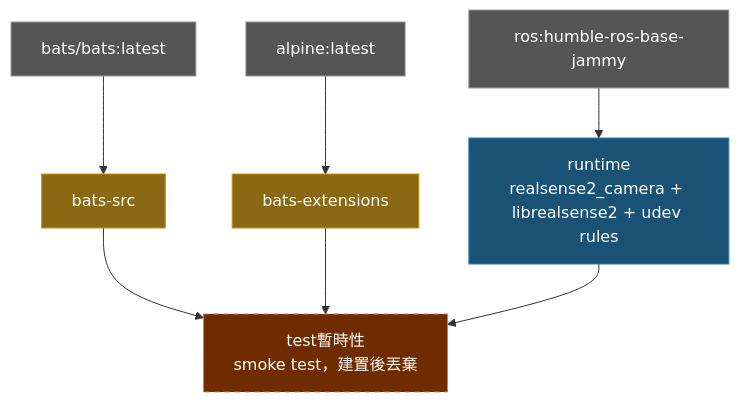
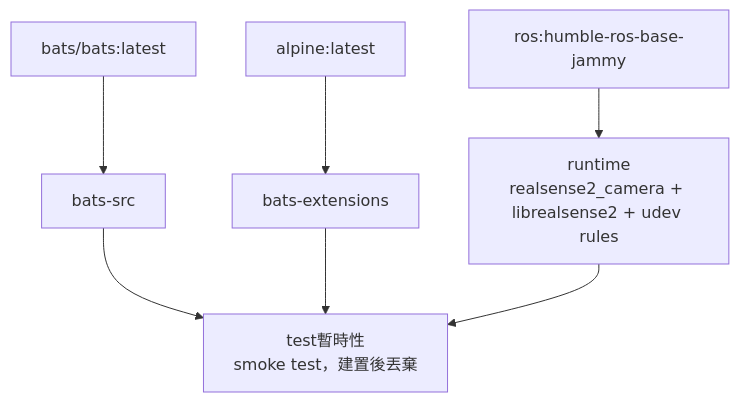
Before and after one commit to ycpss91255-docker/realsense_humble: the diagram in doc/README.zh-TW.md, drawn with Mermaid. The commit also changed 3 other files, not shown here.

Commit message:
docs: remove mermaid background colors from architecture diagrams (#15)

````diff
--- a/doc/README.zh-TW.md
+++ b/doc/README.zh-TW.md
@@ -88,20 +88,16 @@
 ```mermaid
 graph TD
-    EXT1["bats/bats:latest"]:::external
-    EXT2["alpine:latest"]:::external
-    EXT3["ros:humble-ros-base-jammy"]:::external
+    EXT1["bats/bats:latest"]
+    EXT2["alpine:latest"]
+    EXT3["ros:humble-ros-base-jammy"]
 
-    EXT1 --> bats-src["bats-src"]:::tool
-    EXT2 --> bats-ext["bats-extensions"]:::tool
+    EXT1 --> bats-src["bats-src"]
+    EXT2 --> bats-ext["bats-extensions"]
 
-    EXT3 --> runtime["runtime\nrealsense2_camera + librealsense2 + udev rules"]:::stage
+    EXT3 --> runtime["runtime\nrealsense2_camera + librealsense2 + udev rules"]
 
-    bats-src --> test["test暫時性\nsmoke test，建置後丟棄"]:::ephemeral
+    bats-src --> test["test暫時性\nsmoke test，建置後丟棄"]
     bats-ext --> test
     runtime --> test
 
-    classDef external fill:#555,color:#fff,stroke:#999
-    classDef tool fill:#8B6914,color:#fff,stroke:#c8960c
-    classDef stage fill:#1a5276,color:#fff,stroke:#2980b9
-    classDef ephemeral fill:#6e2c00,color:#fff,stroke:#e67e22,stroke-dasharray:5 5
 ```
````
